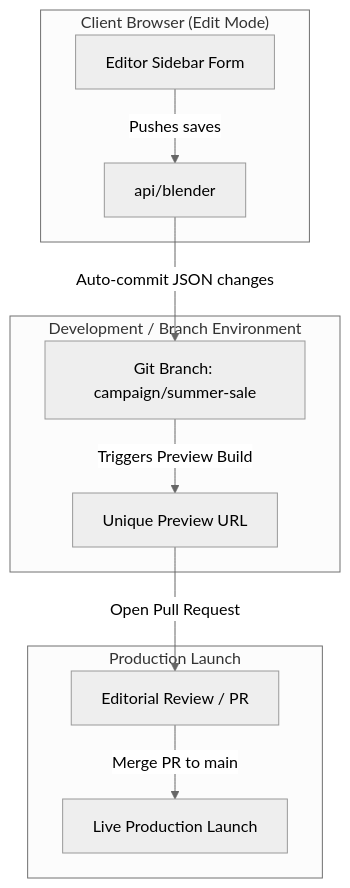
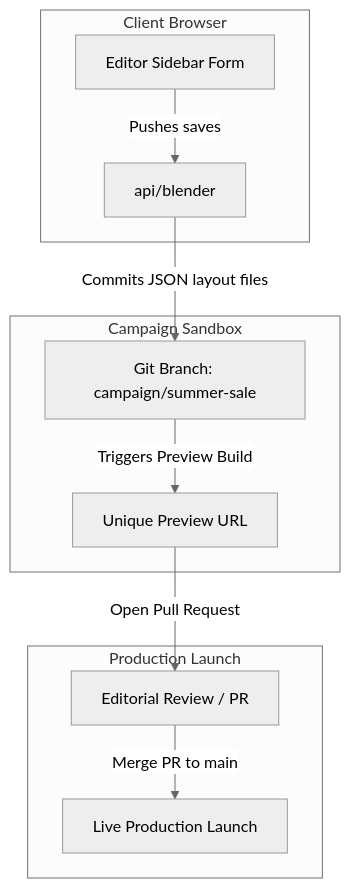
One commit to jbelew/blender-next changed the diagram in docs/git_campaign_workflows.md. Above: the diagram before and after it, drawn with Mermaid (neutral theme). The commit also changed other lines of this file and 11 other files, not shown here.

````diff
--- a/docs/git_campaign_workflows.md
+++ b/docs/git_campaign_workflows.md
@@ -13,16 +13,16 @@
 ```mermaid
 graph TD
-    subgraph Client ["Client Browser (Edit Mode)"]
+    subgraph Client ["Client Browser"]
         EditForm["Editor Sidebar Form"] -->|Pushes saves| API["api/blender"]
     end
 
-    subgraph Dev ["Development / Branch Environment"]
-        API -->|Auto-commit JSON changes| GitBranch["Git Branch: campaign/summer-sale"]
+    subgraph Dev ["Campaign Sandbox"]
+        API -->|Commits JSON layout files| GitBranch["Git Branch: campaign/summer-sale"]
         GitBranch -->|Triggers Preview Build| Vercel["Unique Preview URL"]
     end
 
     subgraph Prod ["Production Launch"]
         Vercel -->|Open Pull Request| Review["Editorial Review / PR"]
         Review -->|Merge PR to main| LiveProd["Live Production Launch"]
     end
 ```
````
